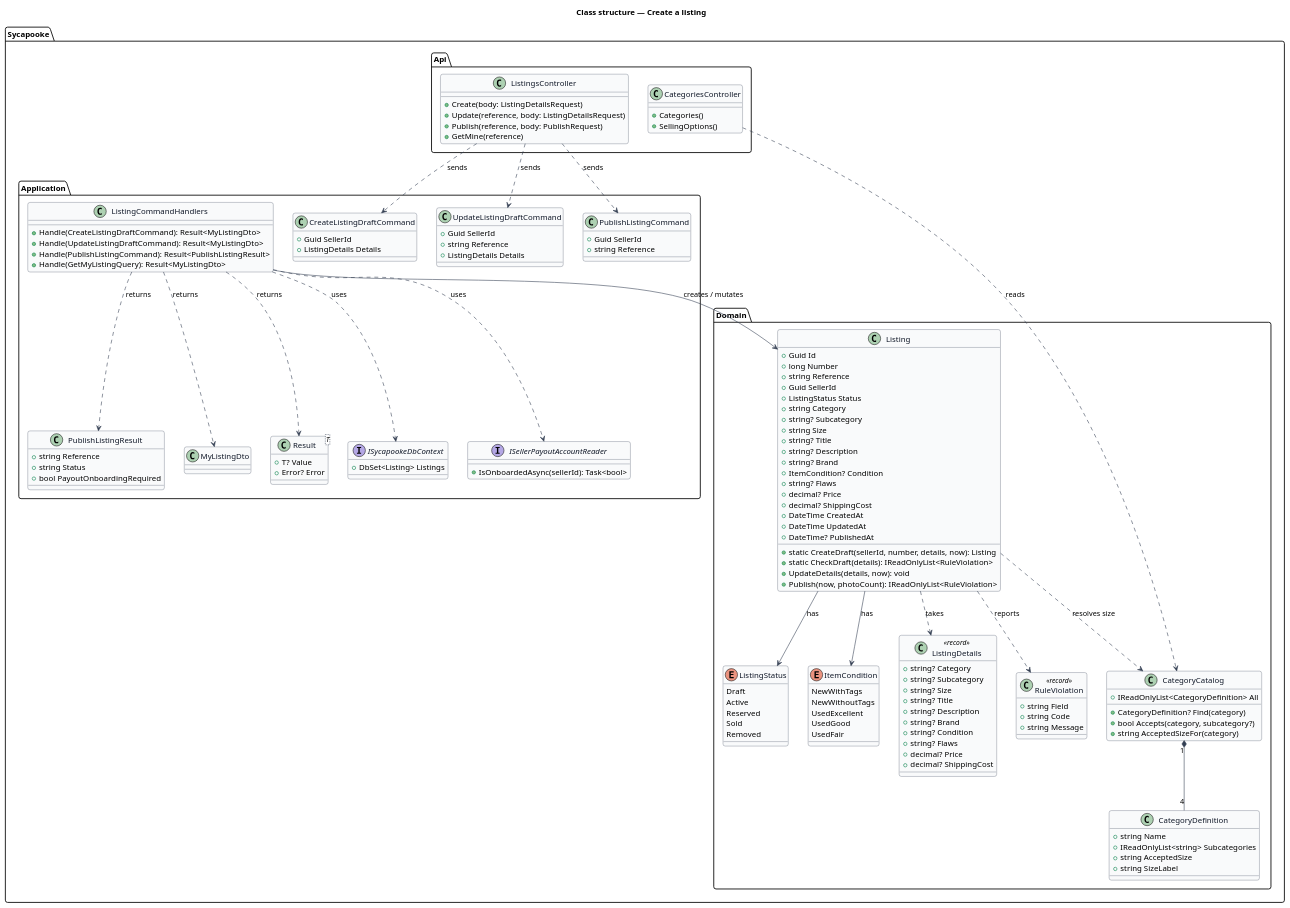
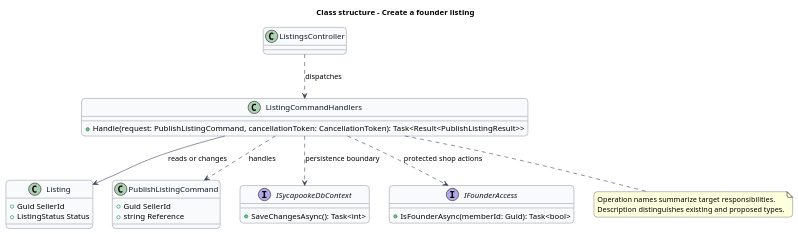
Before and after one commit to QuinntyneBrown/sycapooke: the diagram in docs/detailed-designs/listings/create-listing/diagrams/class-structure.puml, drawn with PlantUML. The commit also changed 860 other files, not shown here.

First line of the commit message:
Align detailed designs and estimates with the founder-only shop

```diff
--- a/docs/detailed-designs/listings/create-listing/diagrams/class-structure.puml
+++ b/docs/detailed-designs/listings/create-listing/diagrams/class-structure.puml
@@ -1,151 +1,41 @@
 @startuml
 skinparam backgroundColor #FFFFFF
 skinparam shadowing false
-skinparam roundcorner 8
+skinparam roundcorner 12
 skinparam defaultFontName Arial
 skinparam ArrowColor #344054
+title Class structure - Create a founder listing
 skinparam class {
-  BorderColor #344054
-  FontColor #101828
-  BackgroundColor #F9FAFB
+ BorderColor #344054
+ FontColor #101828
+ BackgroundColor #F9FAFB
 }
-title Class structure — Create a listing
-
-package "Sycapooke.Domain" {
-  enum ListingStatus {
-    Draft
-    Active
-    Reserved
-    Sold
-    Removed
-  }
-  enum ItemCondition {
-    NewWithTags
-    NewWithoutTags
-    UsedExcellent
-    UsedGood
-    UsedFair
-  }
-  class CategoryCatalog {
-    +IReadOnlyList<CategoryDefinition> All
-    +CategoryDefinition? Find(category)
-    +bool Accepts(category, subcategory?)
-    +string AcceptedSizeFor(category)
-  }
-  class CategoryDefinition {
-    +string Name
-    +IReadOnlyList<string> Subcategories
-    +string AcceptedSize
-    +string SizeLabel
-  }
-  class ListingDetails <<record>> {
-    +string? Category
-    +string? Subcategory
-    +string? Size
-    +string? Title
-    +string? Description
-    +string? Brand
-    +string? Condition
-    +string? Flaws
-    +decimal? Price
-    +decimal? ShippingCost
-  }
-  class RuleViolation <<record>> {
-    +string Field
-    +string Code
-    +string Message
-  }
-  class Listing {
-    +Guid Id
-    +long Number
-    +string Reference
-    +Guid SellerId
-    +ListingStatus Status
-    +string Category
-    +string? Subcategory
-    +string Size
-    +string? Title
-    +string? Description
-    +string? Brand
-    +ItemCondition? Condition
-    +string? Flaws
-    +decimal? Price
-    +decimal? ShippingCost
-    +DateTime CreatedAt
-    +DateTime UpdatedAt
-    +DateTime? PublishedAt
-    +static CreateDraft(sellerId, number, details, now): Listing
-    +static CheckDraft(details): IReadOnlyList<RuleViolation>
-    +UpdateDetails(details, now): void
-    +Publish(now, photoCount): IReadOnlyList<RuleViolation>
-  }
+class "ListingsController" as Entry {
 }
-
-package "Sycapooke.Application" {
-  class CreateListingDraftCommand {
-    +Guid SellerId
-    +ListingDetails Details
-  }
-  class UpdateListingDraftCommand {
-    +Guid SellerId
-    +string Reference
-    +ListingDetails Details
-  }
-  class PublishListingCommand {
-    +Guid SellerId
-    +string Reference
-  }
-  class PublishListingResult {
-    +string Reference
-    +string Status
-    +bool PayoutOnboardingRequired
-  }
-  class MyListingDto
-  class ListingCommandHandlers {
-    +Handle(CreateListingDraftCommand): Result<MyListingDto>
-    +Handle(UpdateListingDraftCommand): Result<MyListingDto>
-    +Handle(PublishListingCommand): Result<PublishListingResult>
-    +Handle(GetMyListingQuery): Result<MyListingDto>
-  }
-  class "Result<T>" as Result {
-    +T? Value
-    +Error? Error
-  }
-  interface ISycapookeDbContext {
-    +DbSet<Listing> Listings
-  }
-  interface ISellerPayoutAccountReader {
-    +IsOnboardedAsync(sellerId): Task<bool>
-  }
+class "ListingCommandHandlers" as Handler {
+ +Handle(request: PublishListingCommand, cancellationToken: CancellationToken): Task<Result<PublishListingResult>>
 }
-
-package "Sycapooke.Api" {
-  class ListingsController {
-    +Create(body: ListingDetailsRequest)
-    +Update(reference, body: ListingDetailsRequest)
-    +Publish(reference, body: PublishRequest)
-    +GetMine(reference)
-  }
-  class CategoriesController {
-    +Categories()
-    +SellingOptions()
-  }
+class "Listing" as Model {
+ +Guid SellerId
+ +ListingStatus Status
 }
-
-ListingsController ..> CreateListingDraftCommand : sends
-ListingsController ..> UpdateListingDraftCommand : sends
-ListingsController ..> PublishListingCommand : sends
-CategoriesController ..> CategoryCatalog : reads
-ListingCommandHandlers ..> Result : returns
-ListingCommandHandlers ..> PublishListingResult : returns
-ListingCommandHandlers ..> MyListingDto : returns
-ListingCommandHandlers --> Listing : creates / mutates
-ListingCommandHandlers ..> ISycapookeDbContext : uses
-ListingCommandHandlers ..> ISellerPayoutAccountReader : uses
-Listing ..> ListingDetails : takes
-Listing ..> RuleViolation : reports
-Listing ..> CategoryCatalog : resolves size
-Listing --> ListingStatus : has
-Listing --> ItemCondition : has
-CategoryCatalog "1" *-- "4" CategoryDefinition
+class "PublishListingCommand" as Request {
+ +Guid SellerId
+ +string Reference
+}
+Handler ..> Request : handles
+Entry ..> Handler : dispatches
+Handler --> Model : reads or changes
+interface ISycapookeDbContext {
+ +SaveChangesAsync(): Task<int>
+}
+Handler ..> ISycapookeDbContext : persistence boundary
+interface IFounderAccess {
+ +IsFounderAsync(memberId: Guid): Task<bool>
+}
+Handler ..> IFounderAccess : protected shop actions
+note bottom of Handler
+Operation names summarize target responsibilities.
+Description distinguishes existing and proposed types.
+end note
 @enduml
```
